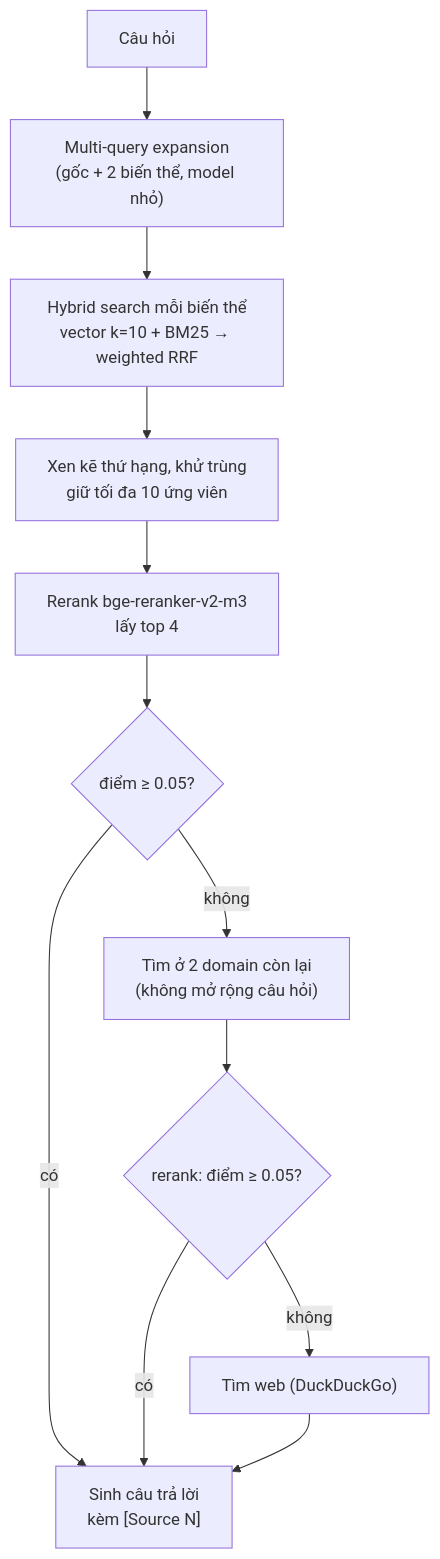
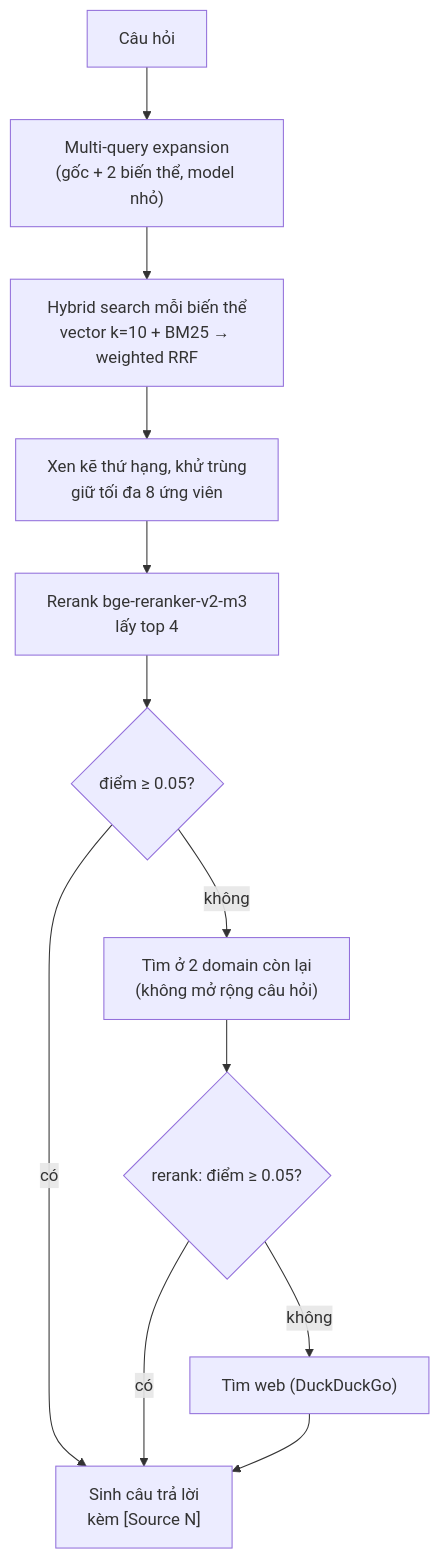
The fifth of 6 diagrams in README.md (hbkhanh22/Multi-RAG-Agent), drawn with Mermaid before and after one commit. The commit also changed other lines of this file and 9 other files, not shown here.

````diff
--- a/README.md
+++ b/README.md
@@ -155,14 +155,14 @@
 ```mermaid
 flowchart TD
     Q["Câu hỏi"] --> EXP["Multi-query expansion<br/>(gốc + 2 biến thể, model nhỏ)"]
     EXP --> HY["Hybrid search mỗi biến thể<br/>vector k=10 + BM25 → weighted RRF"]
-    HY --> DD["Xen kẽ thứ hạng, khử trùng<br/>giữ tối đa 10 ứng viên"]
+    HY --> DD["Xen kẽ thứ hạng, khử trùng<br/>giữ tối đa 8 ứng viên"]
     DD --> RR["Rerank bge-reranker-v2-m3<br/>lấy top 4"]
     RR --> T1{"điểm ≥ 0.05?"}
     T1 -->|"có"| GEN["Sinh câu trả lời<br/>kèm [Source N]"]
     T1 -->|"không"| OD["Tìm ở 2 domain còn lại<br/>(không mở rộng câu hỏi)"]
     OD --> T2{"rerank: điểm ≥ 0.05?"}
     T2 -->|"có"| GEN
     T2 -->|"không"| WEB["Tìm web (DuckDuckGo)"]
     WEB --> GEN
 ```
````
